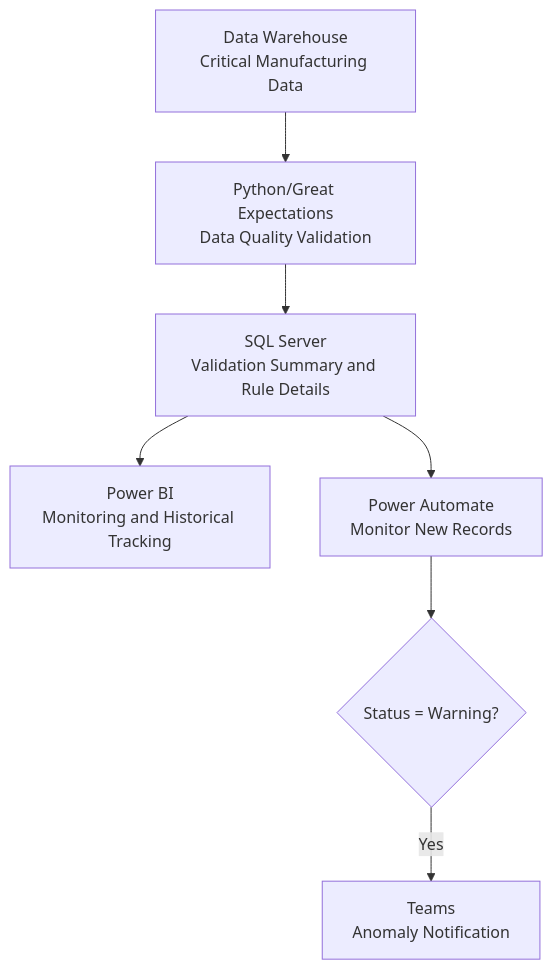
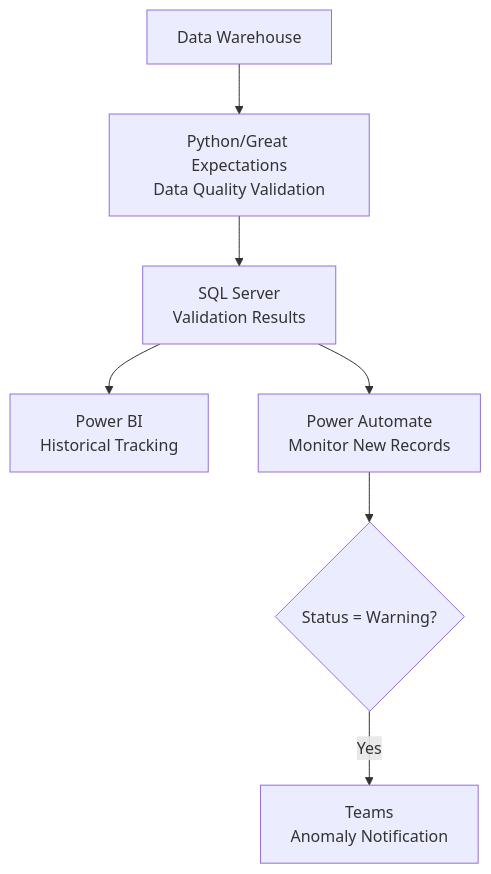
The diagram in README.md (ChienChienChien/Manufacturing_Data_Quality_Monitoring), drawn with Mermaid before and after one commit. The commit also changed other lines of this file, not shown here.

````diff
--- a/README.md
+++ b/README.md
@@ -56,9 +52,9 @@
 ```mermaid
 flowchart TB
-    A["Data Warehouse<br/>Critical Manufacturing Data"] --> C["Python/Great Expectations<br/>Data Quality Validation"]
-    C --> D["SQL Server<br/>Validation Summary and Rule Details"]
-    D --> E["Power BI<br/>Monitoring and Historical Tracking"]
+    A["Data Warehouse"] --> C["Python/Great Expectations<br/>Data Quality Validation"]
+    C --> D["SQL Server<br/>Validation Results"]
+    D --> E["Power BI<br/>Historical Tracking"]
     D --> F["Power Automate<br/>Monitor New Records"]
     F --> G{"Status = Warning?"}
     G -->|Yes| H["Teams<br/>Anomaly Notification"]
 ```
````
